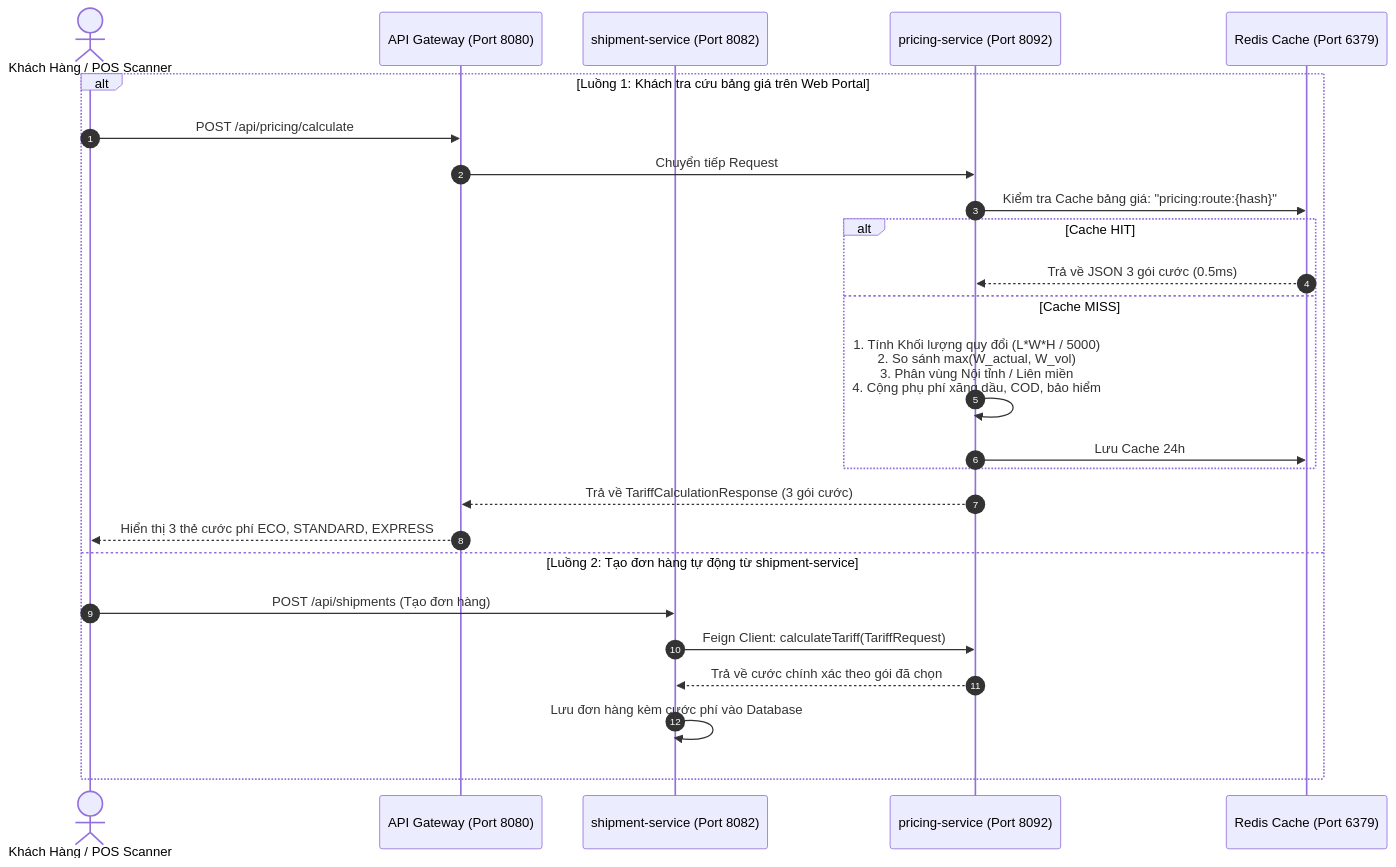
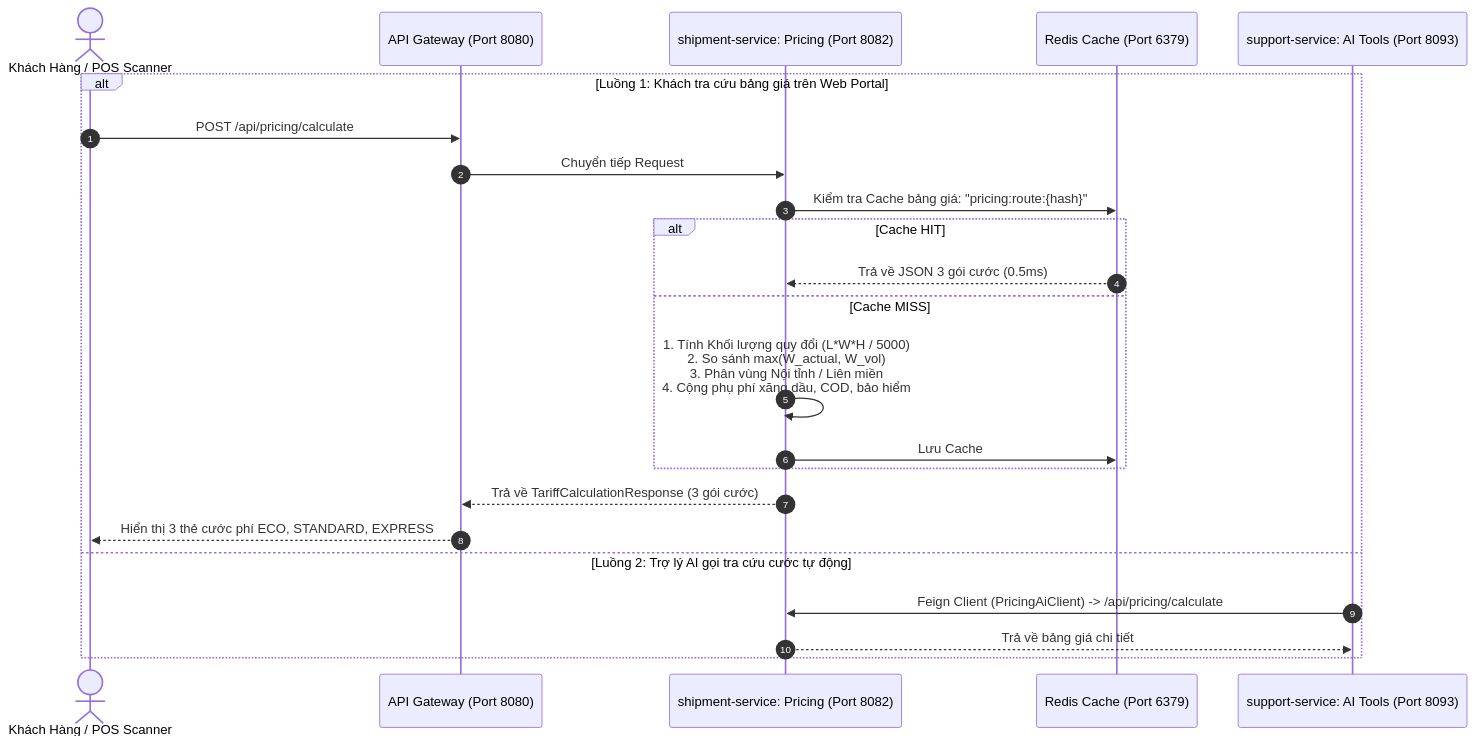
Before and after one commit to Khanhnv26/Mini-Waybill-Platform---VNPT-Cloud: the diagram in docs/13-pricing-engine-and-tariff-matrix.md, drawn with Mermaid. The commit also changed other lines of this file and 12 other files, not shown here.

````diff
--- a/docs/13-pricing-engine-and-tariff-matrix.md
+++ b/docs/13-pricing-engine-and-tariff-matrix.md
@@ -66,28 +66,26 @@
 ```mermaid
 sequenceDiagram
     autonumber
     actor Client as Khách Hàng / POS Scanner
     participant Gateway as API Gateway (Port 8080)
-    participant ShipSvc as shipment-service (Port 8082)
-    participant PriceSvc as pricing-service (Port 8092)
+    participant ShipSvc as shipment-service: Pricing (Port 8082)
     participant Redis as Redis Cache (Port 6379)
+    participant SupportAI as support-service: AI Tools (Port 8093)
 
     alt Luồng 1: Khách tra cứu bảng giá trên Web Portal
         Client->>Gateway: POST /api/pricing/calculate
-        Gateway->>PriceSvc: Chuyển tiếp Request
-        PriceSvc->>Redis: Kiểm tra Cache bảng giá: "pricing:route:{hash}"
+        Gateway->>ShipSvc: Chuyển tiếp Request
+        ShipSvc->>Redis: Kiểm tra Cache bảng giá: "pricing:route:{hash}"
         alt Cache HIT
-            Redis-->>PriceSvc: Trả về JSON 3 gói cước (0.5ms)
+            Redis-->>ShipSvc: Trả về JSON 3 gói cước (0.5ms)
         else Cache MISS
-            PriceSvc->>PriceSvc: 1. Tính Khối lượng quy đổi (L*W*H / 5000)<br/>2. So sánh max(W_actual, W_vol)<br/>3. Phân vùng Nội tỉnh / Liên miền<br/>4. Cộng phụ phí xăng dầu, COD, bảo hiểm
-            PriceSvc->>Redis: Lưu Cache 24h
+            ShipSvc->>ShipSvc: 1. Tính Khối lượng quy đổi (L*W*H / 5000)<br/>2. So sánh max(W_actual, W_vol)<br/>3. Phân vùng Nội tỉnh / Liên miền<br/>4. Cộng phụ phí xăng dầu, COD, bảo hiểm
+            ShipSvc->>Redis: Lưu Cache
         end
-        PriceSvc-->>Gateway: Trả về TariffCalculationResponse (3 gói cước)
+        ShipSvc-->>Gateway: Trả về TariffCalculationResponse (3 gói cước)
         Gateway-->>Client: Hiển thị 3 thẻ cước phí ECO, STANDARD, EXPRESS
-    else Luồng 2: Tạo đơn hàng tự động từ shipment-service
-        Client->>ShipSvc: POST /api/shipments (Tạo đơn hàng)
-        ShipSvc->>PriceSvc: Feign Client: calculateTariff(TariffRequest)
-        PriceSvc-->>ShipSvc: Trả về cước chính xác theo gói đã chọn
-        ShipSvc->>ShipSvc: Lưu đơn hàng kèm cước phí vào Database
+    else Luồng 2: Trợ lý AI gọi tra cứu cước tự động
+        SupportAI->>ShipSvc: Feign Client (PricingAiClient) -> /api/pricing/calculate
+        ShipSvc-->>SupportAI: Trả về bảng giá chi tiết
     end
 ```
````
